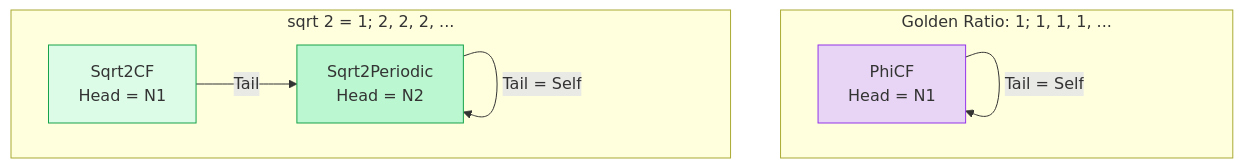
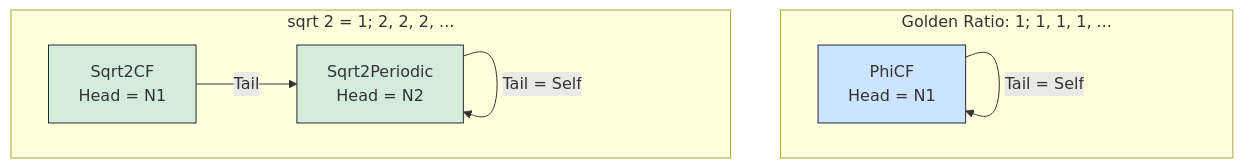
One commit to jakebromberg/misuse-of-notation changed the diagram in tutorial/diagrams/coinductive-stream.mmd. Above: the diagram before and after it, drawn with Mermaid. The commit also changed 11 other files, not shown here.

Commit message:
Style diagrams to match reference: drop shadows, white fills, dark strokes

```diff
--- a/tutorial/diagrams/coinductive-stream.mmd
+++ b/tutorial/diagrams/coinductive-stream.mmd
@@ -1,16 +1,16 @@
 flowchart TB
     subgraph Phi ["Golden Ratio: 1; 1, 1, 1, ..."]
         PhiCF["PhiCF\nHead = N1"]
         PhiCF -- "Tail = Self" --> PhiCF
     end
 
     subgraph Sqrt2 ["sqrt 2 = 1; 2, 2, 2, ..."]
         Sqrt2CF["Sqrt2CF\nHead = N1"]
         Periodic["Sqrt2Periodic\nHead = N2"]
         Sqrt2CF -- "Tail" --> Periodic
         Periodic -- "Tail = Self" --> Periodic
     end
 
-    style PhiCF fill:#e8d5f5,stroke:#9333ea
-    style Sqrt2CF fill:#dcfce7,stroke:#16a34a
-    style Periodic fill:#bbf7d0,stroke:#16a34a
+    style PhiCF fill:#cce5ff,stroke:#28253D
+    style Sqrt2CF fill:#d4edda,stroke:#28253D
+    style Periodic fill:#d4edda,stroke:#28253D
```
